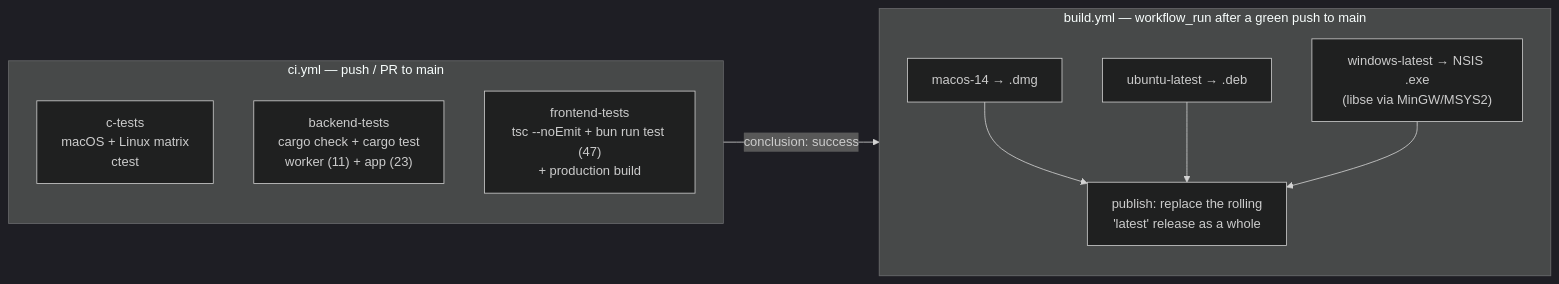
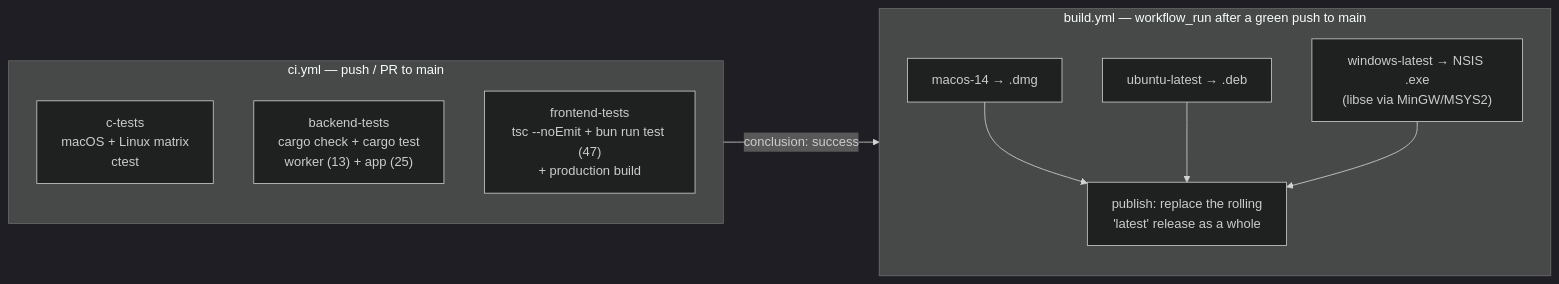
Before and after one commit to sersergious/surface-evolver: the sixth of 6 diagrams in ARCHITECTURE.md, drawn with Mermaid (dark theme). The commit also changed other lines of this file and 18 other files, not shown here.

````diff
--- a/ARCHITECTURE.md
+++ b/ARCHITECTURE.md
@@ -293,19 +296,19 @@
 ```mermaid
 flowchart LR
     subgraph CI["ci.yml — push / PR to main"]
         direction TB
         C1["c-tests<br/>macOS + Linux matrix<br/>ctest"]
-        C2["backend-tests<br/>cargo check + cargo test<br/>worker (11) + app (23)"]
+        C2["backend-tests<br/>cargo check + cargo test<br/>worker (13) + app (25)"]
         C3["frontend-tests<br/>tsc --noEmit + bun run test (47)<br/>+ production build"]
     end
     subgraph BUILD["build.yml — workflow_run after a green push to main"]
         direction TB
         B1["macos-14 → .dmg"]
         B2["ubuntu-latest → .deb"]
         B3["windows-latest → NSIS .exe<br/>(libse via MinGW/MSYS2)"]
         B1 --> REL["publish: replace the rolling<br/>'latest' release as a whole"]
         B2 --> REL
         B3 --> REL
     end
     CI -- "conclusion: success" --> BUILD
 ```
````
